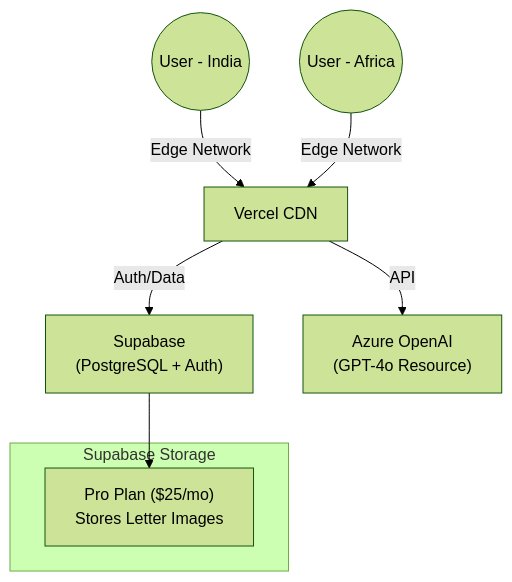
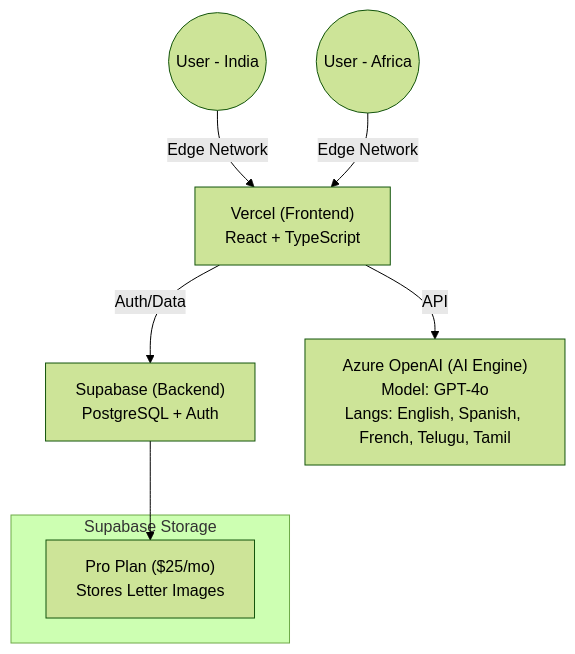
One commit to nestico/letter-translator-gemini changed the diagram in DEPLOYMENT_PLAN.md. Above: the diagram before and after it, drawn with Mermaid (forest theme).

Commit message:
Update architecture diagram with backend labels and languages

````diff
--- a/DEPLOYMENT_PLAN.md
+++ b/DEPLOYMENT_PLAN.md
@@ -90,14 +90,14 @@
 ```mermaid
 graph TD
-    User_India((User - India)) -->|Edge Network| Vercel[Vercel CDN]
+    User_India((User - India)) -->|Edge Network| Vercel["Vercel (Frontend)<br/>React + TypeScript"]
     User_Africa((User - Africa)) -->|Edge Network| Vercel
     
-    Vercel -->|Auth/Data| Supabase["Supabase<br/>(PostgreSQL + Auth)"]
+    Vercel -->|Auth/Data| Supabase["Supabase (Backend)<br/>PostgreSQL + Auth"]
     
-    Vercel -->|API| Azure["Azure OpenAI<br/>(GPT-4o Resource)"]
+    Vercel -->|API| Azure["Azure OpenAI (AI Engine)<br/>Model: GPT-4o<br/>Langs: English, Spanish, French, Telugu, Tamil"]
     
     subgraph "Supabase Storage"
         Pro_Tier["Pro Plan ($25/mo)<br/>Stores Letter Images"]
     end
     Supabase --> Pro_Tier
 ```
````
